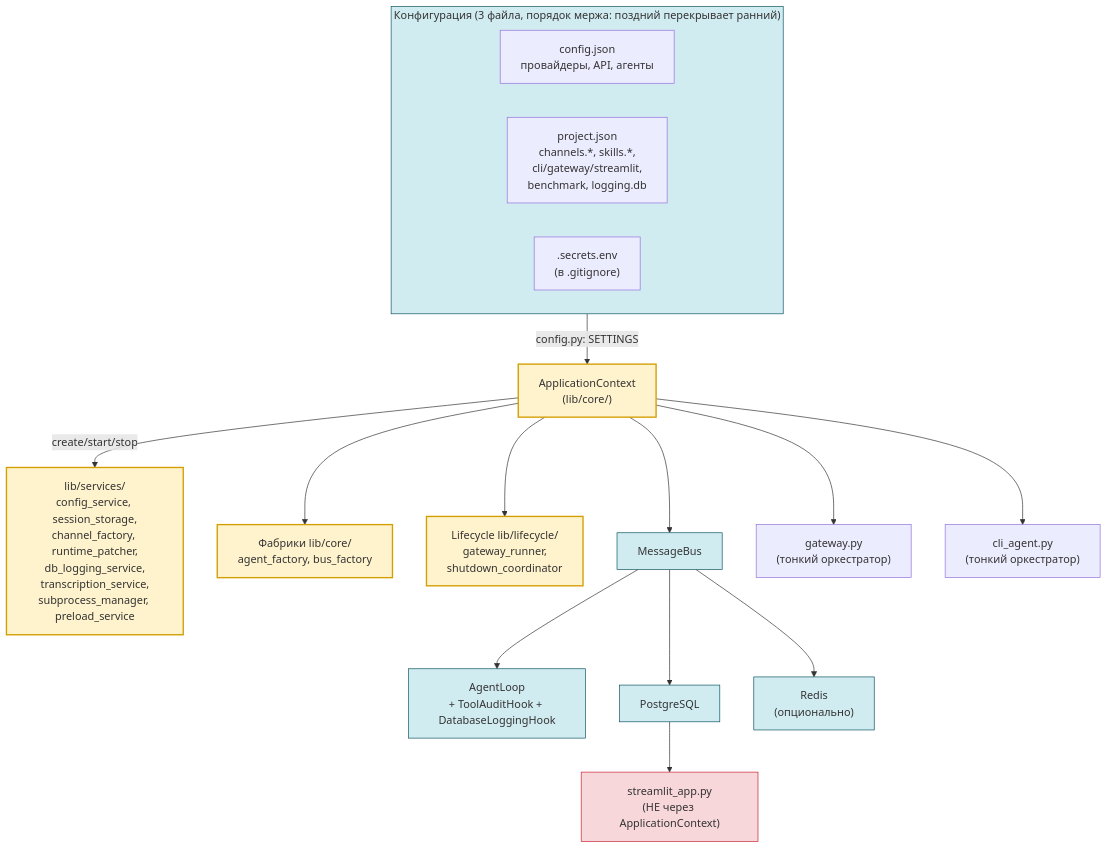
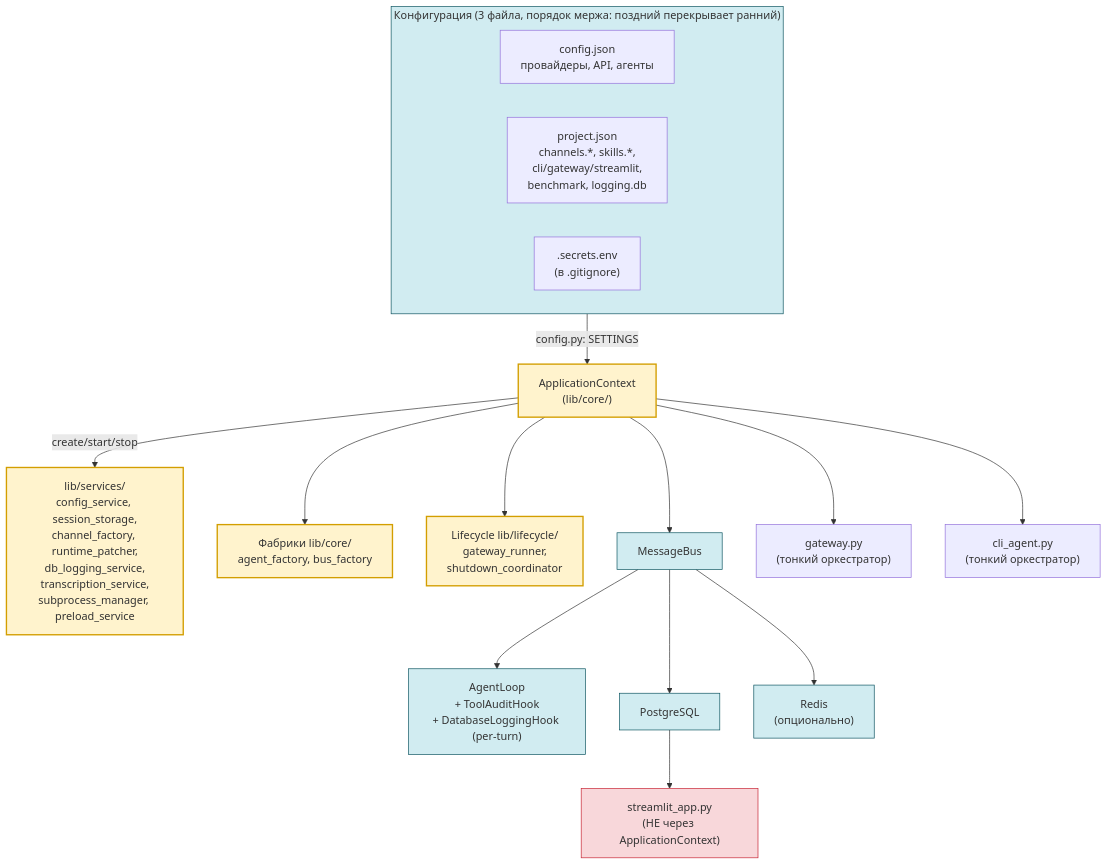
The diagram in README.md (AlexEgorov85/workspaces_nanobot), drawn with Mermaid before and after one commit. The commit also changed other lines of this file and 8 other files, not shown here.

First line of the commit message:
fix(hooks): per-turn DatabaseLoggingHook (factory) for concurrent session isolation

````diff
--- a/README.md
+++ b/README.md
@@ -222,36 +222,36 @@
 ```mermaid
 flowchart TB
     subgraph CFG["Конфигурация (3 файла, порядок мержа: поздний перекрывает ранний)"]
         CONFIG["config.json<br>провайдеры, API, агенты"]
         PROJECT["project.json<br>channels.*, skills.*,<br>cli/gateway/streamlit,<br>benchmark, logging.db"]
         SECRETS[".secrets.env<br>(в .gitignore)"]
     end
 
     CFG -->|"config.py: SETTINGS"| CTX["ApplicationContext<br>(lib/core/)"]
     CTX -->|"create/start/stop"| SVC["lib/services/<br>config_service, session_storage,<br>channel_factory, runtime_patcher,<br>db_logging_service,<br>transcription_service,<br>subprocess_manager, preload_service"]
     CTX --> CORE["Фабрики lib/core/<br>agent_factory, bus_factory"]
     CTX --> LIFE["Lifecycle lib/lifecycle/<br>gateway_runner,<br>shutdown_coordinator"]
 
     BUS["MessageBus"]
     CTX --> BUS
-    BUS --> AGENT["AgentLoop<br>+ ToolAuditHook + DatabaseLoggingHook"]
+    BUS --> AGENT["AgentLoop<br>+ ToolAuditHook<br>+ DatabaseLoggingHook (per-turn)"]
 
     GATEWAY["gateway.py<br>(тонкий оркестратор)"]
     CLI["cli_agent.py<br>(тонкий оркестратор)"]
     CTX --> GATEWAY
     CTX --> CLI
 
     STREAMLIT["streamlit_app.py<br>(НЕ через ApplicationContext)"]
     PG["PostgreSQL"]
     REDIS["Redis<br>(опционально)"]
     BUS --> PG
     BUS --> REDIS
     PG --> STREAMLIT
 
     classDef v2 fill:#fff3cd,stroke:#d39e00,stroke-width:2px
     classDef legacy fill:#f8d7da,stroke:#c82333
     classDef infra fill:#d1ecf1,stroke:#0c5460
     class CTX,CORE,LIFE,SVC v2
     class STREAMLIT legacy
     class CFG,BUS,PG,REDIS,AGENT infra
 ```
````
